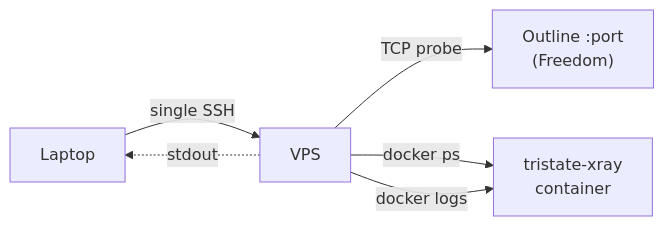
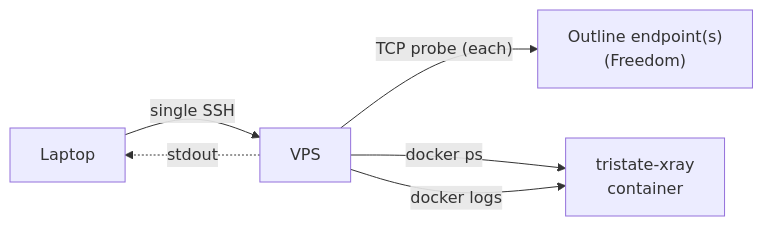
Before and after one commit to monkeycatdog/vpn-provision: the third of 4 diagrams in README.md, drawn with Mermaid. The commit also changed other lines of this file and 3 other files, not shown here.

````diff
--- a/README.md
+++ b/README.md
@@ -538,8 +559,8 @@
 ```mermaid
 flowchart LR
   L["Laptop"] -- "single SSH" --> V["VPS"]
-  V -- "TCP probe" --> O["Outline :port<br/>(Freedom)"]
+  V -- "TCP probe (each)" --> O["Outline endpoint(s)<br/>(Freedom)"]
   V -- "docker ps" --> X["tristate-xray<br/>container"]
   V -- "docker logs" --> X
   V -. "stdout" .-> L
 ```
````
